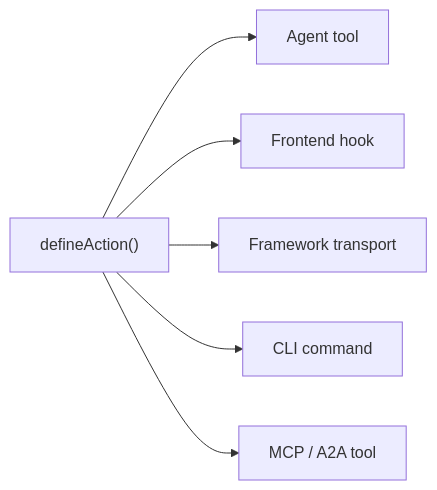
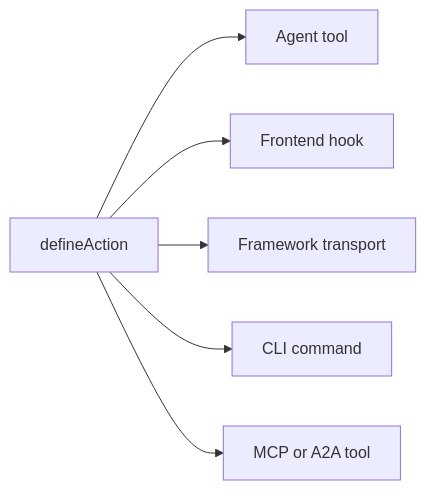
Before and after one commit to BuilderIO/agent-native: the diagram in packages/core/docs/content/key-concepts.mdx, drawn with Mermaid.

Commit message:
docs: fix mermaid node label syntax in key concepts action diagram

````diff
--- a/packages/core/docs/content/key-concepts.mdx
+++ b/packages/core/docs/content/key-concepts.mdx
@@ -361,8 +361,8 @@
 ```mermaid
 graph LR
-  A["defineAction()"] --> B[Agent tool]
+  A[defineAction] --> B[Agent tool]
   A --> C[Frontend hook]
   A --> D[Framework transport]
   A --> E[CLI command]
-  A --> F[MCP / A2A tool]
+  A --> F[MCP or A2A tool]
 ```
````
